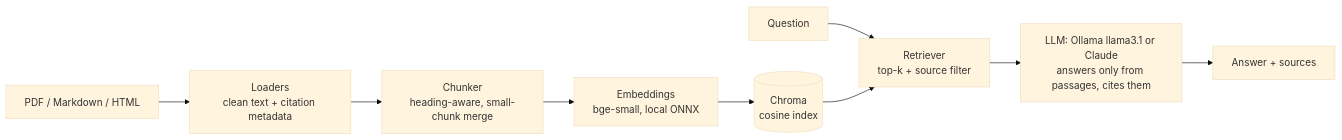
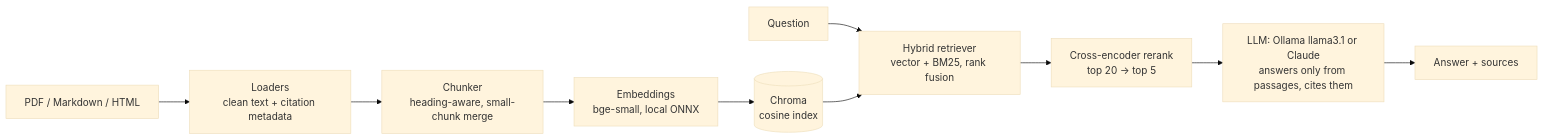
One commit to fzee999/rag-knowledge-pipeline changed the diagram in README.md. Above: the diagram before and after it, drawn with Mermaid (base theme). The commit also changed other lines of this file and 11 other files, not shown here.

First line of the commit message:
Add hybrid search, cross-encoder reranking and chunk overlap fix

````diff
--- a/README.md
+++ b/README.md
@@ -6,11 +6,13 @@
 ```mermaid
 flowchart LR
     A[PDF / Markdown / HTML] --> B[Loaders<br/>clean text + citation metadata]
     B --> C[Chunker<br/>heading-aware, small-chunk merge]
     C --> D[Embeddings<br/>bge-small, local ONNX]
     D --> E[(Chroma<br/>cosine index)]
-    Q[Question] --> F[Retriever<br/>top-k + source filter]
+    Q[Question] --> F[Hybrid retriever<br/>vector + BM25, rank fusion]
     E --> F
-    F --> G[LLM: Ollama llama3.1 or Claude<br/>answers only from passages, cites them]
+    F --> R[Cross-encoder rerank<br/>top 20 → top 5]
+    R --> G
+    G[LLM: Ollama llama3.1 or Claude<br/>answers only from passages, cites them]
     G --> H[Answer + sources]
 ```
````
